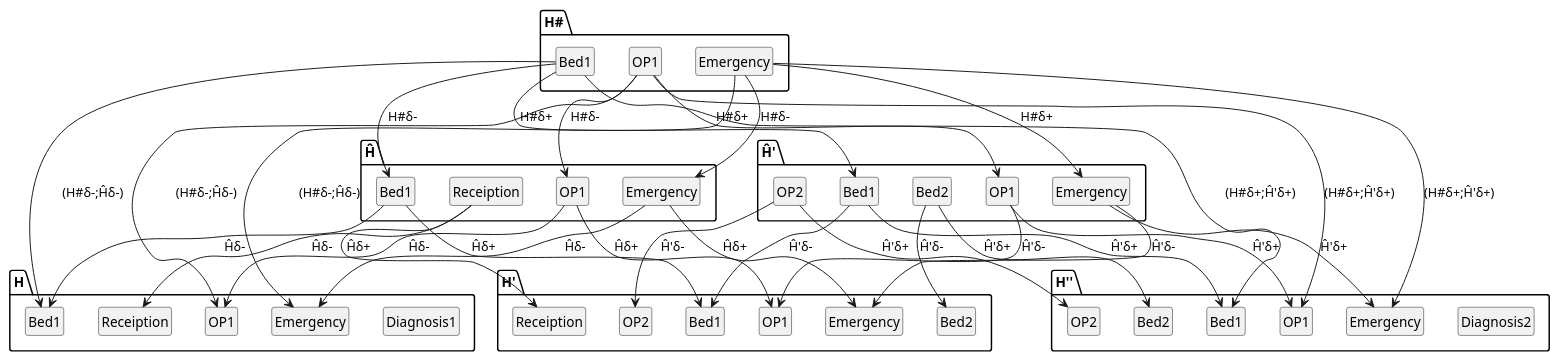
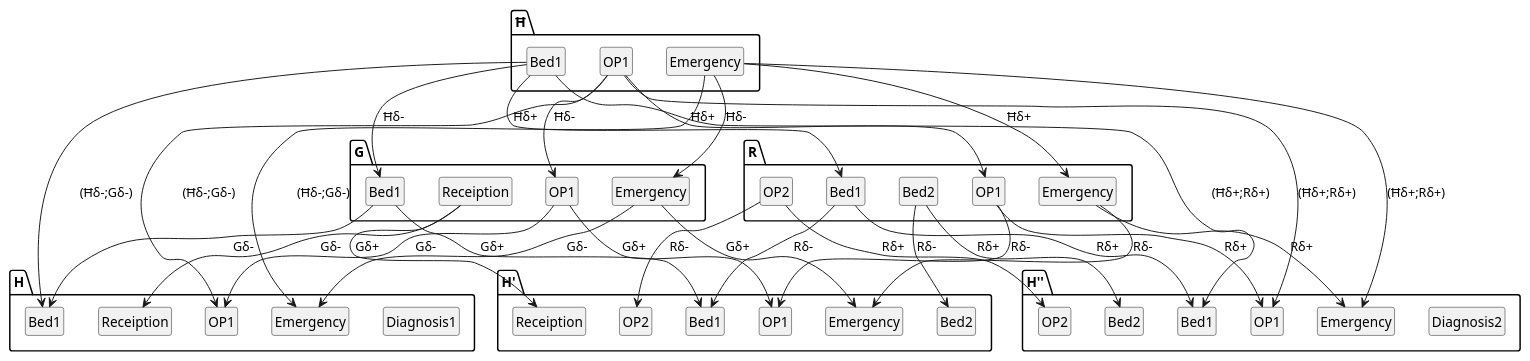
The diagram in FMDE/diagrams/fsetDelta/testDeltaFinSets2.pretty.plantuml (rajiv-thorat/fmde), drawn with PlantUML before and after one commit. The commit also changed 2 other files, not shown here.

```diff
--- a/FMDE/diagrams/fsetDelta/testDeltaFinSets2.pretty.plantuml
+++ b/FMDE/diagrams/fsetDelta/testDeltaFinSets2.pretty.plantuml
@@ -1,65 +1,65 @@
 @startuml
 skinparam shadowing false
 hide members
 hide circle
 class "H.Diagnosis1"
 class "H.Bed1"
 class "H.OP1"
 class "H.Receiption"
 class "H.Emergency"
 class "H'.Bed2"
 class "H'.OP2"
 class "H'.Bed1"
 class "H'.OP1"
 class "H'.Receiption"
 class "H'.Emergency"
 class "H''.Diagnosis2"
 class "H''.Bed2"
 class "H''.OP2"
 class "H''.Bed1"
 class "H''.OP1"
 class "H''.Emergency"
-class "Ĥ.Bed1"
-class "Ĥ.OP1"
-class "Ĥ.Receiption"
-class "Ĥ.Emergency"
-class "Ĥ'.Bed2"
-class "Ĥ'.OP2"
-class "Ĥ'.Bed1"
-class "Ĥ'.OP1"
-class "Ĥ'.Emergency"
-class "H#.Bed1"
-class "H#.OP1"
-class "H#.Emergency"
+class "G.Bed1"
+class "G.OP1"
+class "G.Receiption"
+class "G.Emergency"
+class "R.Bed2"
+class "R.OP2"
+class "R.Bed1"
+class "R.OP1"
+class "R.Emergency"
+class "Ħ.Bed1"
+class "Ħ.OP1"
+class "Ħ.Emergency"
 
-"H#.Bed1" --> "Ĥ.Bed1" : "H#δ-"
-"H#.OP1" --> "Ĥ.OP1" : "H#δ-"
-"H#.Emergency" --> "Ĥ.Emergency" : "H#δ-"
-"H#.Bed1" --> "Ĥ'.Bed1" : "H#δ+"
-"H#.OP1" --> "Ĥ'.OP1" : "H#δ+"
-"H#.Emergency" --> "Ĥ'.Emergency" : "H#δ+"
-"Ĥ.Bed1" --> "H.Bed1" : "Ĥδ-"
-"Ĥ.OP1" --> "H.OP1" : "Ĥδ-"
-"Ĥ.Receiption" --> "H.Receiption" : "Ĥδ-"
-"Ĥ.Emergency" --> "H.Emergency" : "Ĥδ-"
-"Ĥ.Bed1" --> "H'.Bed1" : "Ĥδ+"
-"Ĥ.OP1" --> "H'.OP1" : "Ĥδ+"
-"Ĥ.Receiption" --> "H'.Receiption" : "Ĥδ+"
-"Ĥ.Emergency" --> "H'.Emergency" : "Ĥδ+"
-"Ĥ'.Bed2" --> "H'.Bed2" : "Ĥ'δ-"
-"Ĥ'.OP2" --> "H'.OP2" : "Ĥ'δ-"
-"Ĥ'.Bed1" --> "H'.Bed1" : "Ĥ'δ-"
-"Ĥ'.OP1" --> "H'.OP1" : "Ĥ'δ-"
-"Ĥ'.Emergency" --> "H'.Emergency" : "Ĥ'δ-"
-"Ĥ'.Bed2" --> "H''.Bed2" : "Ĥ'δ+"
-"Ĥ'.OP2" --> "H''.OP2" : "Ĥ'δ+"
-"Ĥ'.Bed1" --> "H''.Bed1" : "Ĥ'δ+"
-"Ĥ'.OP1" --> "H''.OP1" : "Ĥ'δ+"
-"Ĥ'.Emergency" --> "H''.Emergency" : "Ĥ'δ+"
-"H#.Bed1" --> "H.Bed1" : "(H#δ-;Ĥδ-)"
-"H#.OP1" --> "H.OP1" : "(H#δ-;Ĥδ-)"
-"H#.Emergency" --> "H.Emergency" : "(H#δ-;Ĥδ-)"
-"H#.Bed1" --> "H''.Bed1" : "(H#δ+;Ĥ'δ+)"
-"H#.OP1" --> "H''.OP1" : "(H#δ+;Ĥ'δ+)"
-"H#.Emergency" --> "H''.Emergency" : "(H#δ+;Ĥ'δ+)"
+"Ħ.Bed1" --> "G.Bed1" : "Ħδ-"
+"Ħ.OP1" --> "G.OP1" : "Ħδ-"
+"Ħ.Emergency" --> "G.Emergency" : "Ħδ-"
+"Ħ.Bed1" --> "R.Bed1" : "Ħδ+"
+"Ħ.OP1" --> "R.OP1" : "Ħδ+"
+"Ħ.Emergency" --> "R.Emergency" : "Ħδ+"
+"G.Bed1" --> "H.Bed1" : "Gδ-"
+"G.OP1" --> "H.OP1" : "Gδ-"
+"G.Receiption" --> "H.Receiption" : "Gδ-"
+"G.Emergency" --> "H.Emergency" : "Gδ-"
+"G.Bed1" --> "H'.Bed1" : "Gδ+"
+"G.OP1" --> "H'.OP1" : "Gδ+"
+"G.Receiption" --> "H'.Receiption" : "Gδ+"
+"G.Emergency" --> "H'.Emergency" : "Gδ+"
+"R.Bed2" --> "H'.Bed2" : "Rδ-"
+"R.OP2" --> "H'.OP2" : "Rδ-"
+"R.Bed1" --> "H'.Bed1" : "Rδ-"
+"R.OP1" --> "H'.OP1" : "Rδ-"
+"R.Emergency" --> "H'.Emergency" : "Rδ-"
+"R.Bed2" --> "H''.Bed2" : "Rδ+"
+"R.OP2" --> "H''.OP2" : "Rδ+"
+"R.Bed1" --> "H''.Bed1" : "Rδ+"
+"R.OP1" --> "H''.OP1" : "Rδ+"
+"R.Emergency" --> "H''.Emergency" : "Rδ+"
+"Ħ.Bed1" --> "H.Bed1" : "(Ħδ-;Gδ-)"
+"Ħ.OP1" --> "H.OP1" : "(Ħδ-;Gδ-)"
+"Ħ.Emergency" --> "H.Emergency" : "(Ħδ-;Gδ-)"
+"Ħ.Bed1" --> "H''.Bed1" : "(Ħδ+;Rδ+)"
+"Ħ.OP1" --> "H''.OP1" : "(Ħδ+;Rδ+)"
+"Ħ.Emergency" --> "H''.Emergency" : "(Ħδ+;Rδ+)"
 @enduml
```
